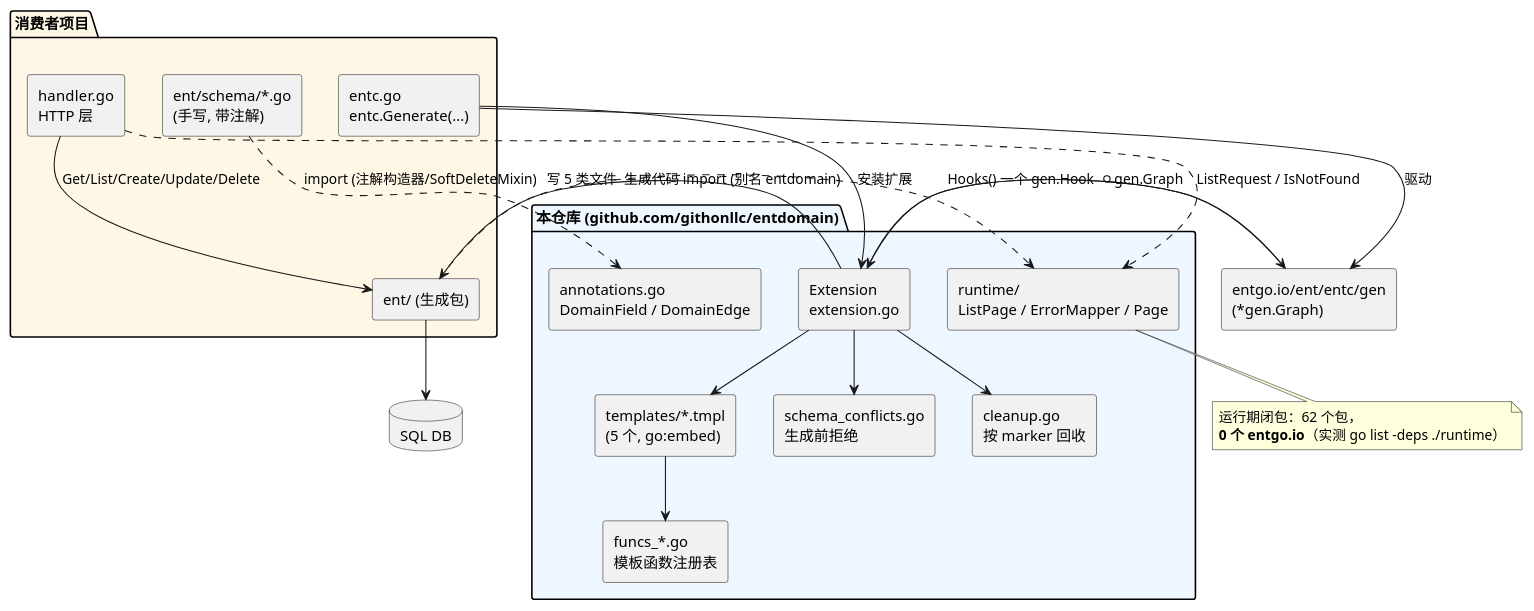
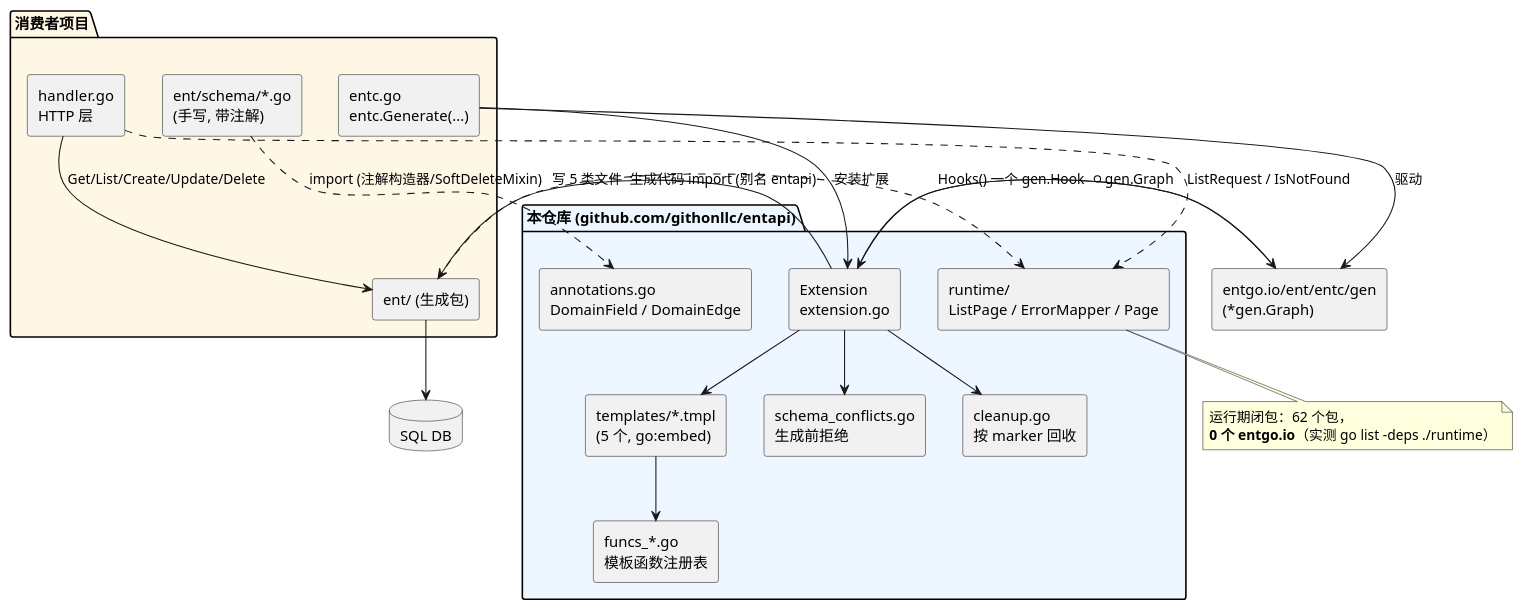
The first of 5 diagrams in docs/ARCHITECTURE.md (githonllc/entapi), drawn with PlantUML before and after one commit. The commit also changed other lines of this file and 426 other files, not shown here.

First line of the commit message:
refactor!: rename module entdomain -> entapi (ADR-0011)

````diff
--- a/docs/ARCHITECTURE.md
+++ b/docs/ARCHITECTURE.md
@@ -32,46 +32,46 @@
 ```plantuml
 @startuml
 skinparam componentStyle rectangle
 skinparam shadowing false
 
-package "本仓库 (github.com/githonllc/entdomain)" #EEF6FF {
+package "本仓库 (github.com/githonllc/entapi)" #EEF6FF {
   component "Extension\nextension.go" as EXT
   component "templates/*.tmpl\n(5 个, go:embed)" as TMPL
   component "funcs_*.go\n模板函数注册表" as FUNCS
   component "annotations.go\nDomainField / DomainEdge" as ANN
   component "schema_conflicts.go\n生成前拒绝" as CONF
   component "cleanup.go\n按 marker 回收" as CLEAN
   component "runtime/\nListPage / ErrorMapper / Page" as RT
 }
 
 package "消费者项目" #FFF7E6 {
   component "ent/schema/*.go\n(手写, 带注解)" as SCHEMA
   component "entc.go\nentc.Generate(...)" as ENTC
   component "ent/ (生成包)" as ENTPKG
   component "handler.go\nHTTP 层" as HANDLER
 }
 
 component "entgo.io/ent/entc/gen\n(*gen.Graph)" as ENTGEN
 database "SQL DB" as DB
 
 ENTC --> EXT : 安装扩展
 ENTC --> ENTGEN : 驱动
 SCHEMA ..> ANN : import (注解构造器/SoftDeleteMixin)
 EXT --> ENTGEN : Hooks() 一个 gen.Hook
 ENTGEN --> EXT : *gen.Graph
 EXT --> CONF
 EXT --> TMPL
 TMPL --> FUNCS
 EXT --> ENTPKG : 写 5 类文件
 EXT --> CLEAN
-ENTPKG ..> RT : 生成代码 import (别名 entdomain)
+ENTPKG ..> RT : 生成代码 import (别名 entapi)
 HANDLER --> ENTPKG : Get/List/Create/Update/Delete
 HANDLER ..> RT : ListRequest / IsNotFound
 ENTPKG --> DB
 
 note bottom of RT
   运行期闭包：62 个包，
   **0 个 entgo.io**（实测 go list -deps ./runtime）
 end note
 @enduml
 ```
````
